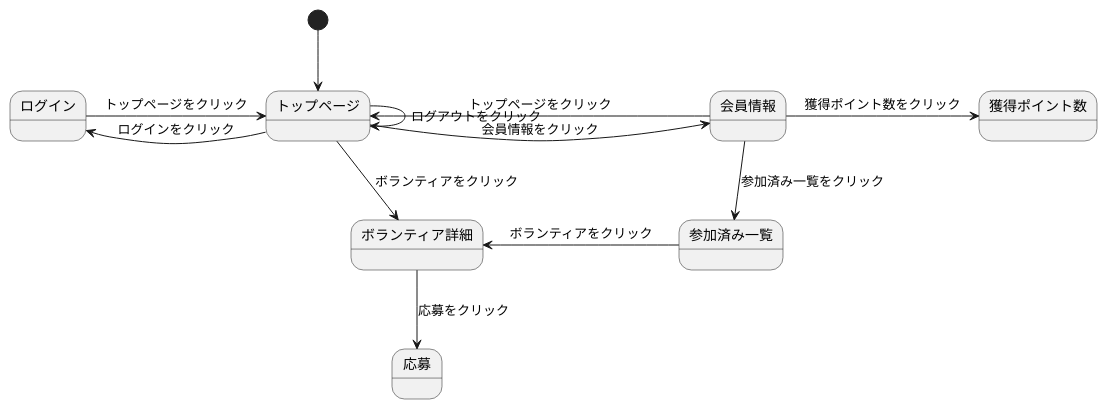
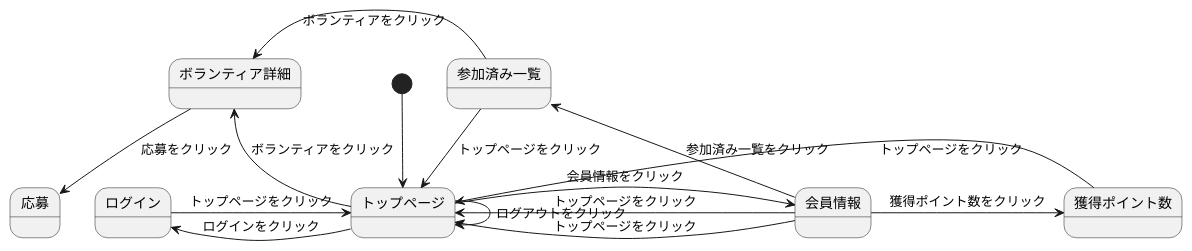
One commit to Aso2001001/2022System changed the diagram in 画面遷移図.md. Above: the diagram before and after it, drawn with PlantUML.

````diff
--- a/画面遷移図.md
+++ b/画面遷移図.md
@@ -1,16 +1,19 @@
 ```uml
 @startuml
 [*] --> トップページ
 
 トップページ -> 会員情報 : 会員情報をクリック
 トップページ --> ボランティア詳細 : ボランティアをクリック
 トップページ -> トップページ : ログアウトをクリック
 ボランティア詳細 --> 応募 : 応募をクリック
 会員情報 -> トップページ : トップページをクリック
 トップページ -left-> ログイン : ログインをクリック
 ログイン -> トップページ : トップページをクリック
 会員情報 --> 参加済み一覧 : 参加済み一覧をクリック
+会員情報 -> トップページ : トップページをクリック
 参加済み一覧 -left-> ボランティア詳細 : ボランティアをクリック
+参加済み一覧 -> トップページ : トップページをクリック
 会員情報 -> 獲得ポイント数 : 獲得ポイント数をクリック
+獲得ポイント数 -> トップページ : トップページをクリック
 @enduml
 ```
````
